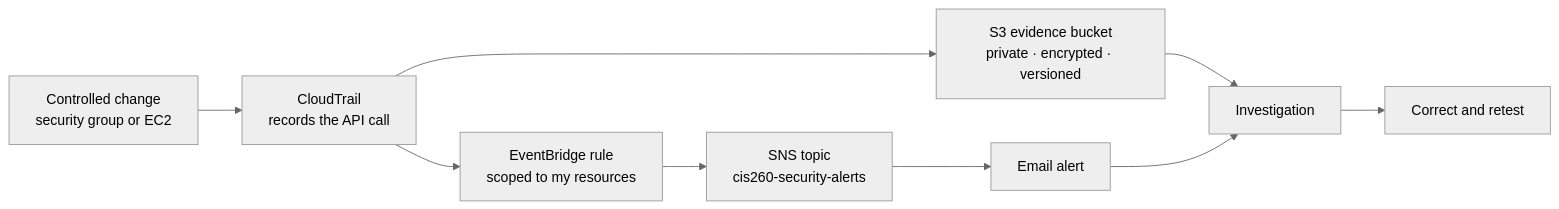
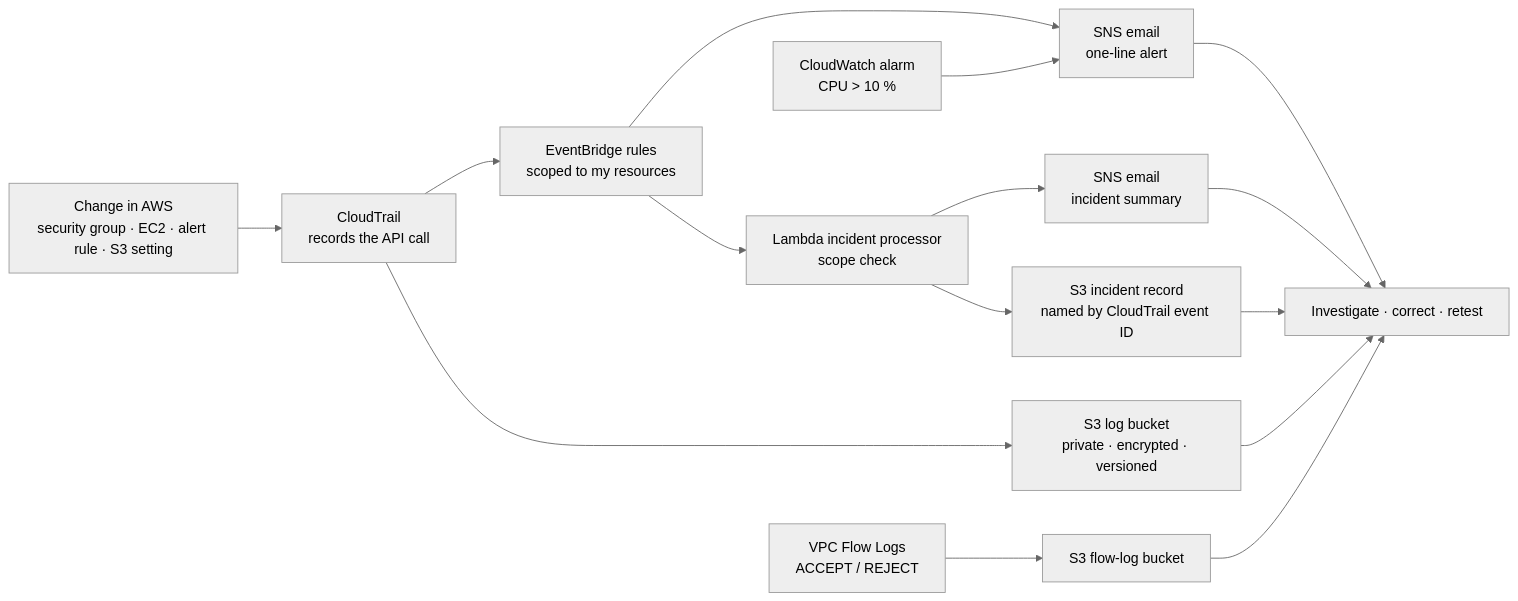
The diagram in README.md (Jbee1984/cis260-aws-cloud-security-lab), drawn with Mermaid (neutral theme) before and after one commit. The commit also changed other lines of this file and 68 other files, not shown here.

First line of the commit message:
Final phase: Lambda incident processor, Tests 3-7 (all PASS), evidence and docs

````diff
--- a/README.md
+++ b/README.md
@@ -33,11 +34,17 @@
 ```mermaid
 flowchart LR
-    A["Controlled change<br/>security group or EC2"] --> B["CloudTrail<br/>records the API call"]
-    B --> C["S3 evidence bucket<br/>private · encrypted · versioned"]
-    B --> D["EventBridge rule<br/>scoped to my resources"]
-    D --> F["SNS topic<br/>cis260-security-alerts"]
-    F --> G["Email alert"]
-    C --> H["Investigation"]
-    G --> H
-    H --> I["Correct and retest"]
+    A["Change in AWS<br/>security group · EC2 · alert rule · S3 setting"] --> B["CloudTrail<br/>records the API call"]
+    B --> C["S3 log bucket<br/>private · encrypted · versioned"]
+    B --> D["EventBridge rules<br/>scoped to my resources"]
+    D --> F["SNS email<br/>one-line alert"]
+    D --> L["Lambda incident processor<br/>scope check"]
+    L --> R["S3 incident record<br/>named by CloudTrail event ID"]
+    L --> F2["SNS email<br/>incident summary"]
+    N["VPC Flow Logs<br/>ACCEPT / REJECT"] --> C2["S3 flow-log bucket"]
+    M["CloudWatch alarm<br/>CPU > 10 %"] --> F
+    F --> H["Investigate · correct · retest"]
+    F2 --> H
+    R --> H
+    C --> H
+    C2 --> H
 ```
````
